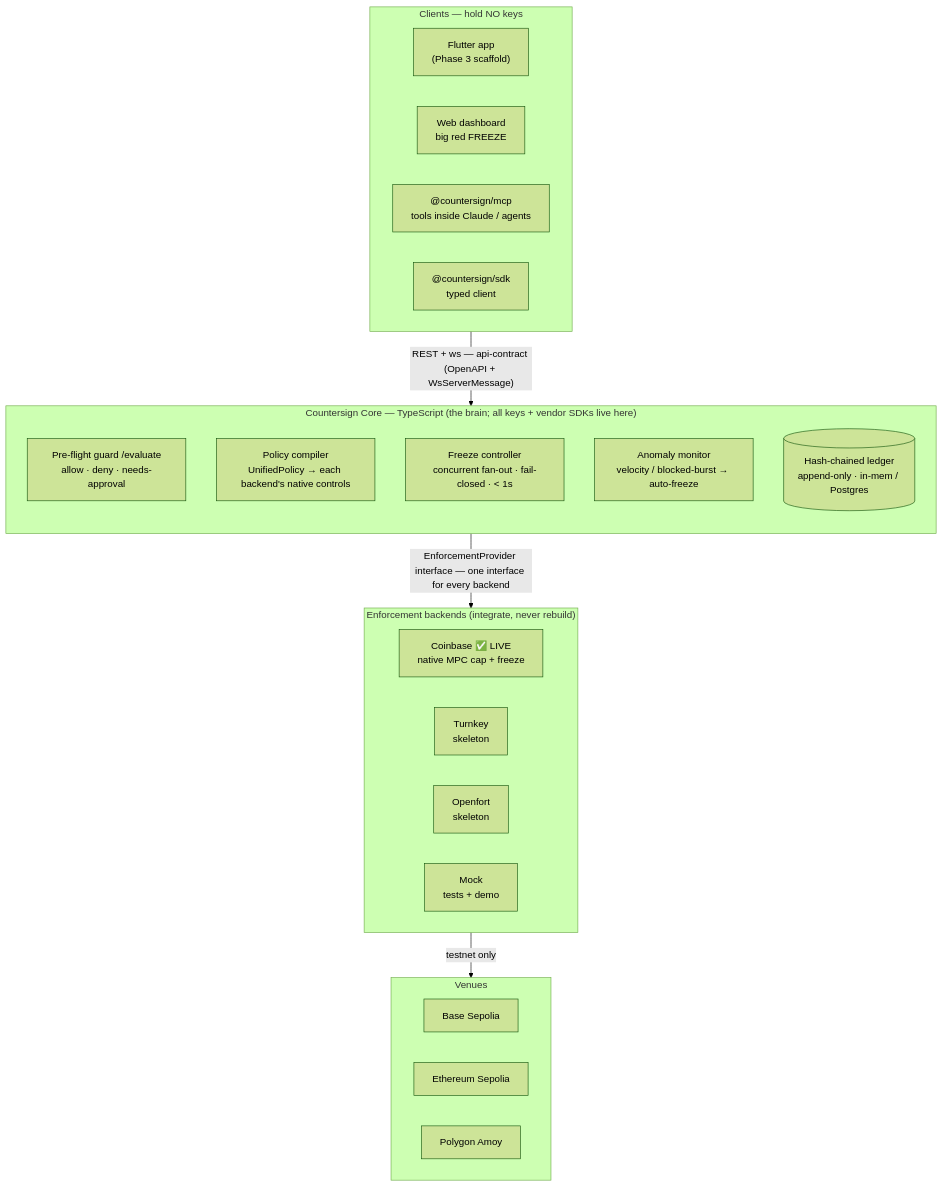
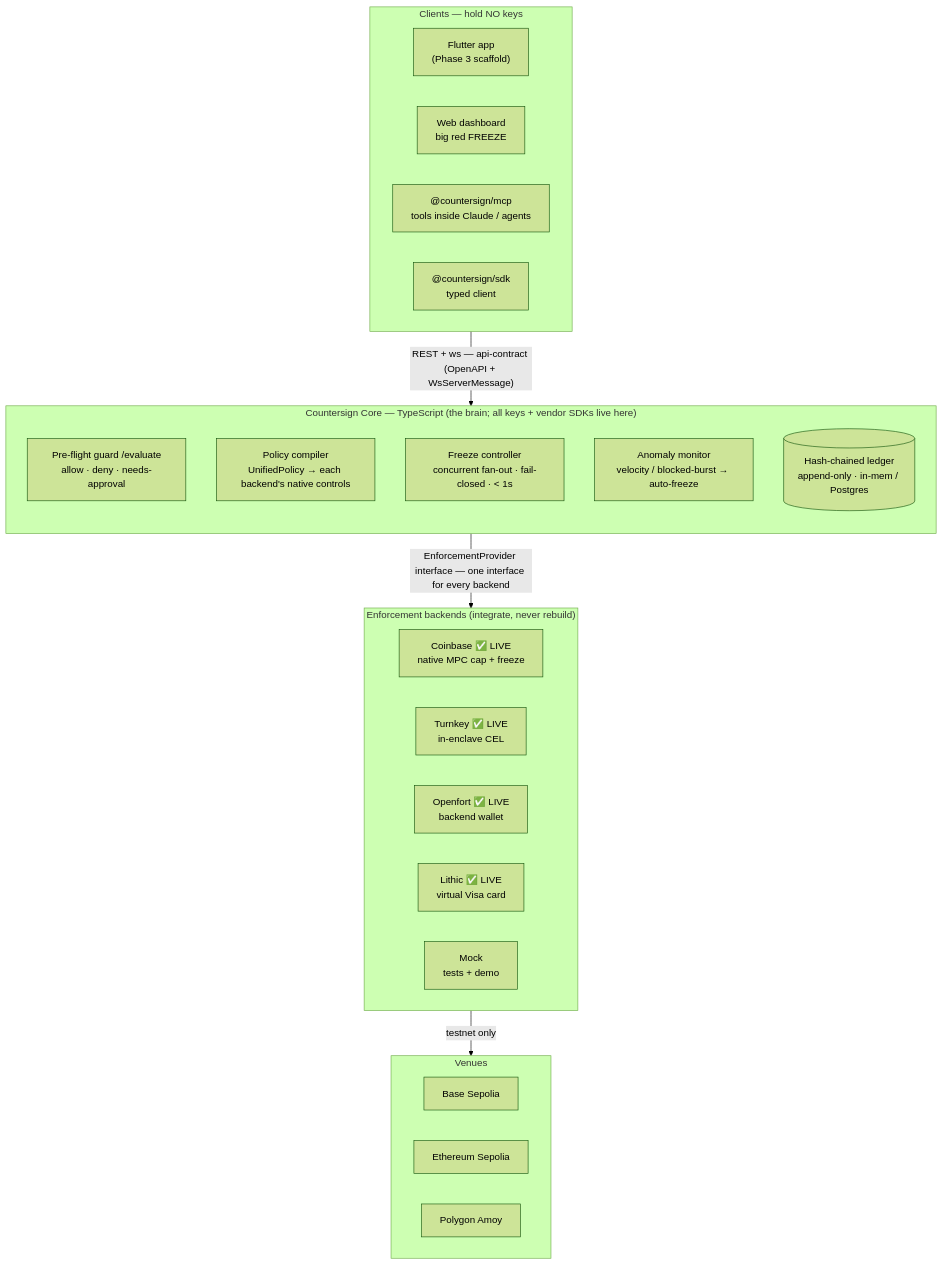
The first of 3 diagrams in docs/architecture.md (countersign-network/packages), drawn with Mermaid (forest theme) before and after one commit. The commit also changed other lines of this file and 3 other files, not shown here.

````diff
--- a/docs/architecture.md
+++ b/docs/architecture.md
@@ -10,40 +10,41 @@
 ```mermaid
 flowchart TB
   subgraph CLIENTS["Clients — hold NO keys"]
     direction LR
     FL["Flutter app<br/>(Phase 3 scaffold)"]
     DASH["Web dashboard<br/>big red FREEZE"]
     MCP["@countersign/mcp<br/>tools inside Claude / agents"]
     SDK["@countersign/sdk<br/>typed client"]
   end
 
   CLIENTS -->|"REST + ws — api-contract (OpenAPI + WsServerMessage)"| CORE
 
   subgraph CORE["Countersign Core — TypeScript (the brain; all keys + vendor SDKs live here)"]
     direction TB
     GUARD["Pre-flight guard /evaluate<br/>allow · deny · needs-approval"]
     COMPILER["Policy compiler<br/>UnifiedPolicy → each backend's native controls"]
     FREEZE["Freeze controller<br/>concurrent fan-out · fail-closed · &lt; 1s"]
     ANOM["Anomaly monitor<br/>velocity / blocked-burst → auto-freeze"]
     LEDGER[("Hash-chained ledger<br/>append-only · in-mem / Postgres")]
   end
 
   CORE -->|"EnforcementProvider interface — one interface for every backend"| BACKENDS
 
   subgraph BACKENDS["Enforcement backends (integrate, never rebuild)"]
     direction LR
     CB["Coinbase ✅ LIVE<br/>native MPC cap + freeze"]
-    TK["Turnkey<br/>skeleton"]
-    OF["Openfort<br/>skeleton"]
+    TK["Turnkey ✅ LIVE<br/>in-enclave CEL"]
+    OF["Openfort ✅ LIVE<br/>backend wallet"]
+    LT["Lithic ✅ LIVE<br/>virtual Visa card"]
     MK["Mock<br/>tests + demo"]
   end
 
   BACKENDS -->|"testnet only"| VENUES
 
   subgraph VENUES["Venues"]
     direction LR
     V1["Base Sepolia"]
     V2["Ethereum Sepolia"]
     V3["Polygon Amoy"]
   end
 ```
````
